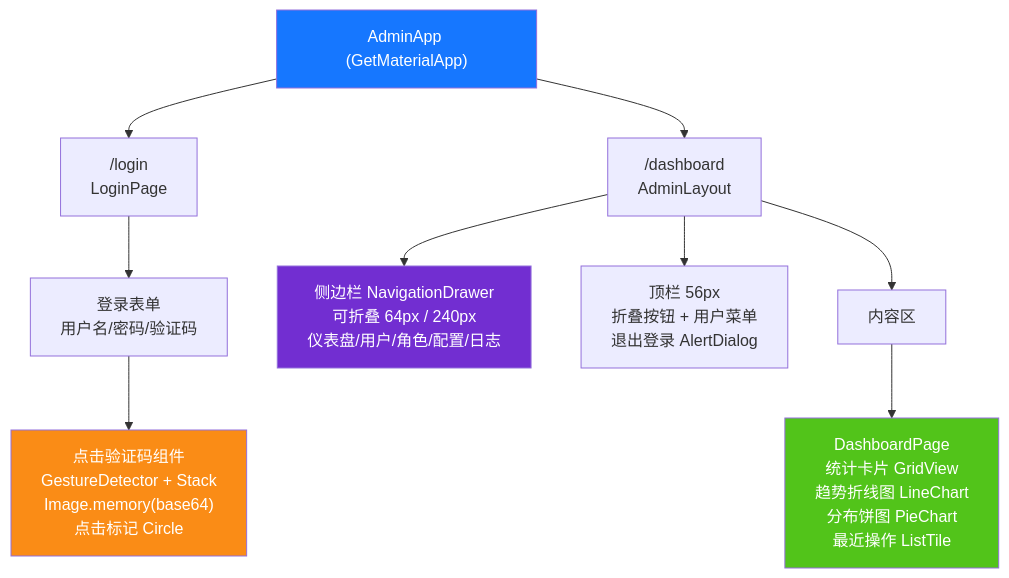
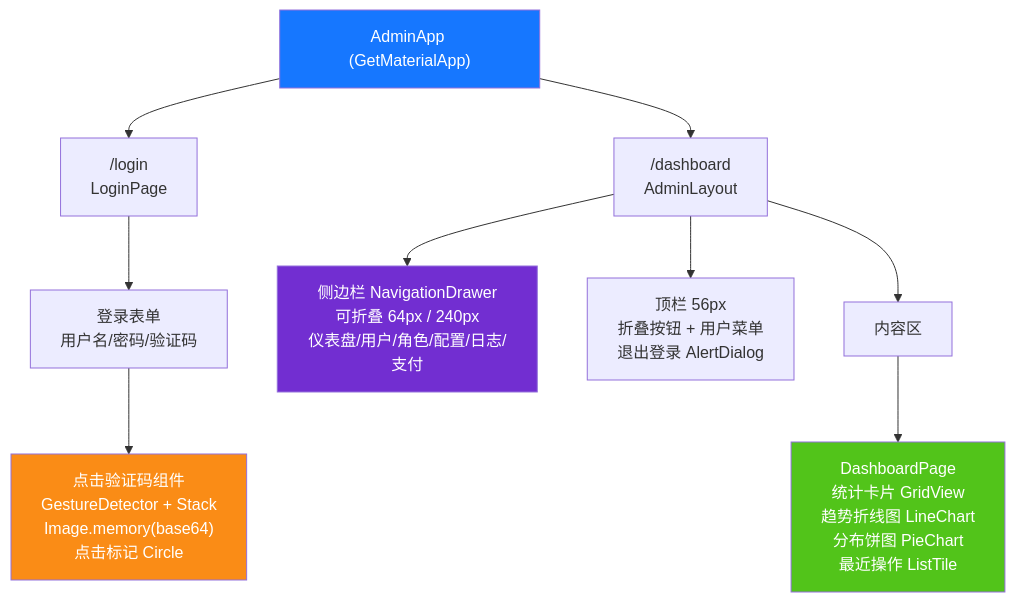
Before and after one commit to erikwang2013/game-platform-php: diagram 11 of 14 in admin/docs/ARCHITECTURE.md, drawn with Mermaid. The commit also changed other lines of this file and 211 other files, not shown here.

First line of the commit message:
fix: 支付配置读回类型根治、提现事件对账巡检，12 语族 mermaid 与 API 标签本地化

````diff
--- a/admin/docs/ARCHITECTURE.md
+++ b/admin/docs/ARCHITECTURE.md
@@ -549,19 +549,19 @@
 ```mermaid
 flowchart TD
     APP["AdminApp (GetMaterialApp)"]
     APP --> LP["/login<br/>LoginPage"]
     APP --> DB["/dashboard<br/>AdminLayout"]
 
     LP --> LF["登录表单<br/>用户名/密码/验证码"]
     LF --> CAPTCHA["点击验证码组件<br/>GestureDetector + Stack<br/>Image.memory(base64)<br/>点击标记 Circle"]
 
-    DB --> SIDEBAR["侧边栏 NavigationDrawer<br/>可折叠 64px / 240px<br/>仪表盘/用户/角色/配置/日志"]
+    DB --> SIDEBAR["侧边栏 NavigationDrawer<br/>可折叠 64px / 240px<br/>仪表盘/用户/角色/配置/日志/支付"]
     DB --> HEADER["顶栏 56px<br/>折叠按钮 + 用户菜单<br/>退出登录 AlertDialog"]
     DB --> CONTENT["内容区"]
     CONTENT --> DASH["DashboardPage<br/>统计卡片 GridView<br/>趋势折线图 LineChart<br/>分布饼图 PieChart<br/>最近操作 ListTile"]
 
     style APP fill:#1677FF,color:#fff
     style CAPTCHA fill:#FA8C16,color:#fff
     style SIDEBAR fill:#722ED1,color:#fff
     style DASH fill:#52C41A,color:#fff
 ```
````
